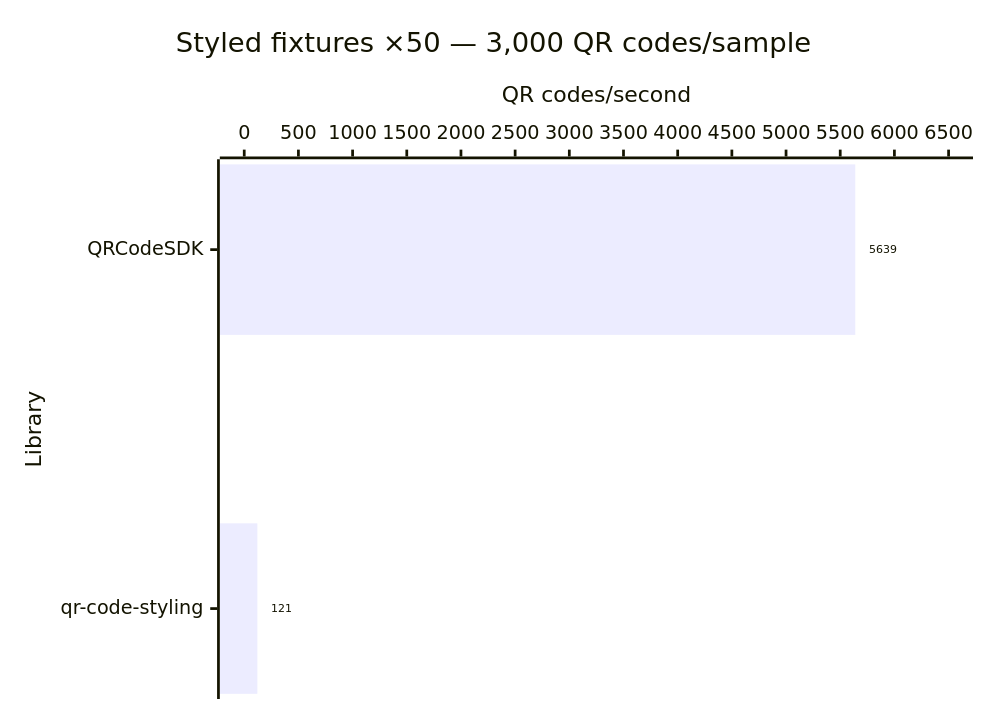
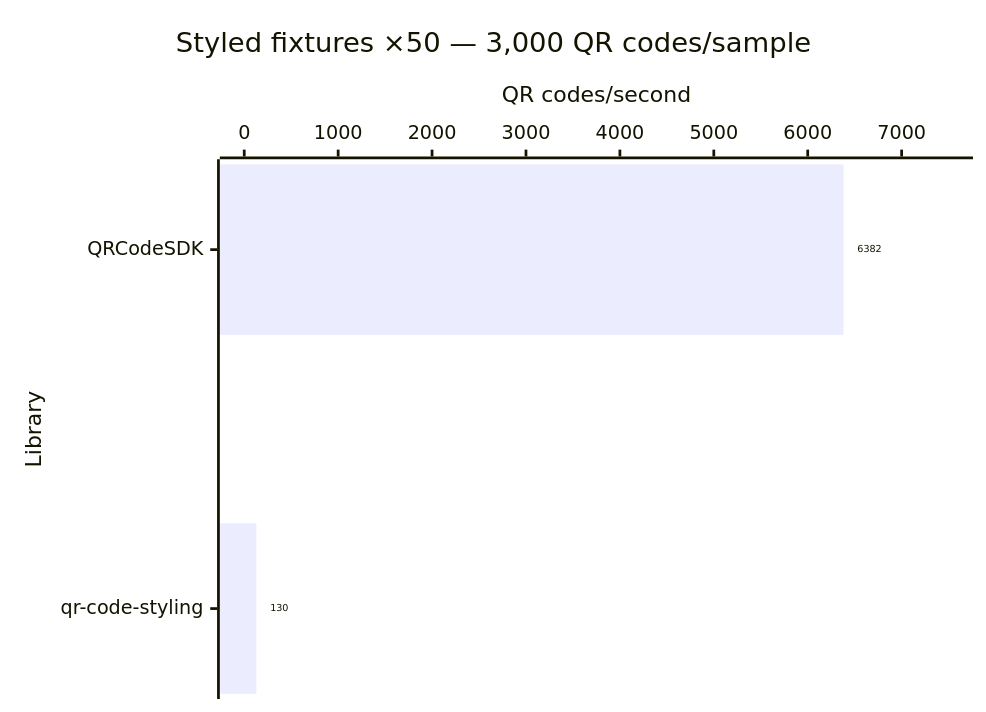
One commit to Dafnik/qrcodesdk changed diagram 14 of 14 in apps/docs/src/content/docs/learn/performance.md. Above: the diagram before and after it, drawn with Mermaid. The commit also changed other lines of this file and 2 other files, not shown here.

First line of the commit message:
docs: refresh QR code performance benchmarks

````diff
--- a/apps/docs/src/content/docs/learn/performance.md
+++ b/apps/docs/src/content/docs/learn/performance.md
@@ -300,15 +300,15 @@
 ```mermaid
 ---
 config:
   xyChart:
     showDataLabel: true
     showDataLabelOutsideBar: true
 ---
 xychart horizontal
   accTitle: Styled SVG generation: Styled fixtures ×50 — 3,000 QR codes/sample
-  accDescr: Throughput calculated from median time. QRCodeSDK 5,639 QR codes per second, qr-code-styling 121 QR codes per second. Higher is better.
+  accDescr: Throughput calculated from median time. QRCodeSDK 6,382 QR codes per second, qr-code-styling 130 QR codes per second. Higher is better.
   title "Styled fixtures ×50 — 3,000 QR codes/sample"
   x-axis "Library" ["QRCodeSDK", "qr-code-styling"]
-  y-axis "QR codes/second" 0 --> 6500
-  bar [5639, 121]
+  y-axis "QR codes/second" 0 --> 7500
+  bar [6382, 130]
 ```
````
